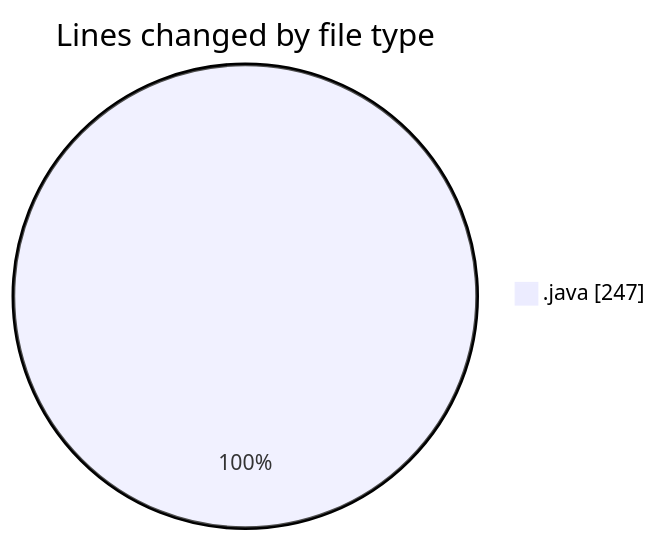
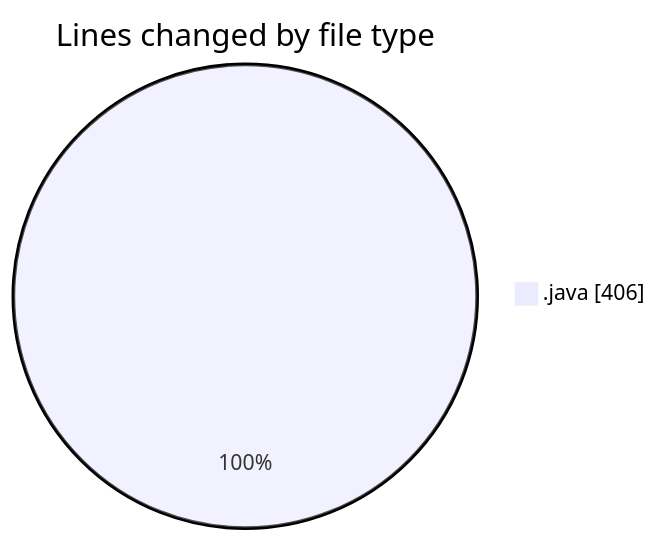
Before and after one commit to ricardozamudiocil/code-tracking: the first of 2 diagrams in 2026-04-09/cilapp/README.md, drawn with Mermaid. The commit also changed other lines of this file and 1 other file, not shown here.

````diff
--- a/2026-04-09/cilapp/README.md
+++ b/2026-04-09/cilapp/README.md
@@ -20,5 +22,5 @@
 ```mermaid
 pie showData
 title Lines changed by file type
-".java" : 247
+".java" : 406
 ```
````
